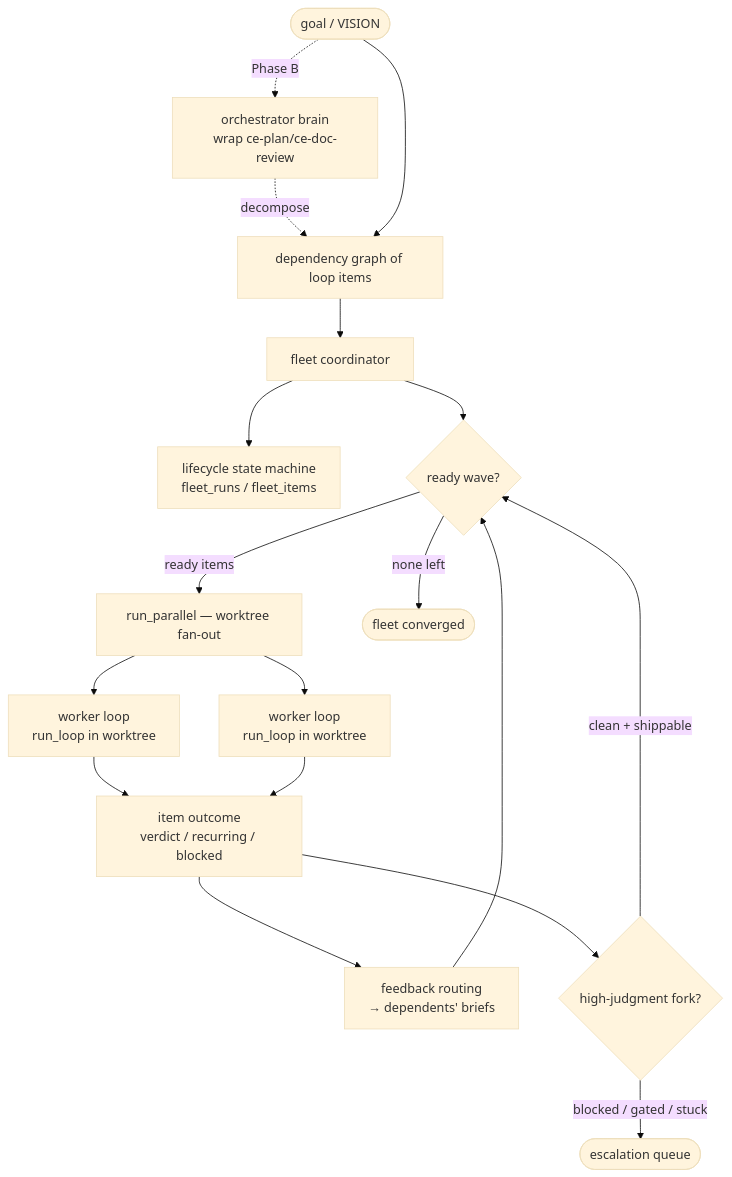
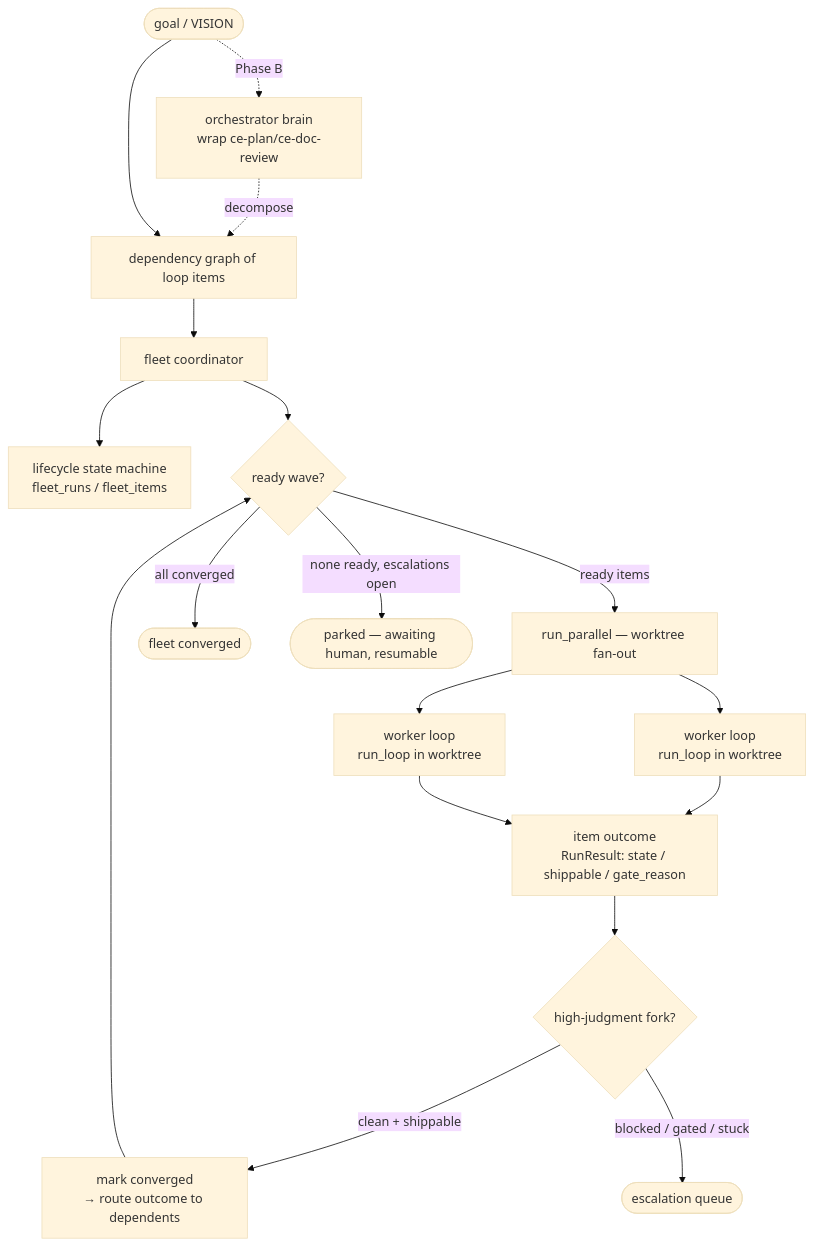
Before and after one commit to wjlgatech/loop-engineering-anything: the first of 2 diagrams in docs/plans/2026-06-16-006-feat-fleet-orchestration-layer-plan.md, drawn with Mermaid (base theme). The commit also changed other lines of this file, not shown here.

Commit message:
docs(plans): add fleet orchestration layer plan (reviewed)

````diff
--- a/docs/plans/2026-06-16-006-feat-fleet-orchestration-layer-plan.md
+++ b/docs/plans/2026-06-16-006-feat-fleet-orchestration-layer-plan.md
@@ -144,20 +177,20 @@
 ```mermaid
 flowchart TD
     GOAL([goal / VISION]) -.Phase B.-> BRAIN[orchestrator brain\nwrap ce-plan/ce-doc-review]
     BRAIN -.decompose.-> DAG[dependency graph of loop items]
     GOAL --> DAG
     DAG --> COORD[fleet coordinator]
     COORD --> LCM[lifecycle state machine\nfleet_runs / fleet_items]
     COORD --> WAVE{ready wave?}
     WAVE -->|ready items| RP[run_parallel — worktree fan-out]
     RP --> W1[worker loop\nrun_loop in worktree]
     RP --> W2[worker loop\nrun_loop in worktree]
-    W1 --> OUT[item outcome\nverdict / recurring / blocked]
+    W1 --> OUT[item outcome\nRunResult: state / shippable / gate_reason]
     W2 --> OUT
-    OUT --> ROUTE[feedback routing\n→ dependents' briefs]
-    ROUTE --> WAVE
     OUT --> ESC{high-judgment fork?}
+    ESC -->|clean + shippable| UNLOCK[mark converged\n→ route outcome to dependents]
     ESC -->|blocked / gated / stuck| HUMAN([escalation queue])
-    ESC -->|clean + shippable| WAVE
-    WAVE -->|none left| DONE([fleet converged])
+    UNLOCK --> WAVE
+    WAVE -->|all converged| DONE([fleet converged])
+    WAVE -->|none ready, escalations open| PARK([parked — awaiting human, resumable])
 ```
````
